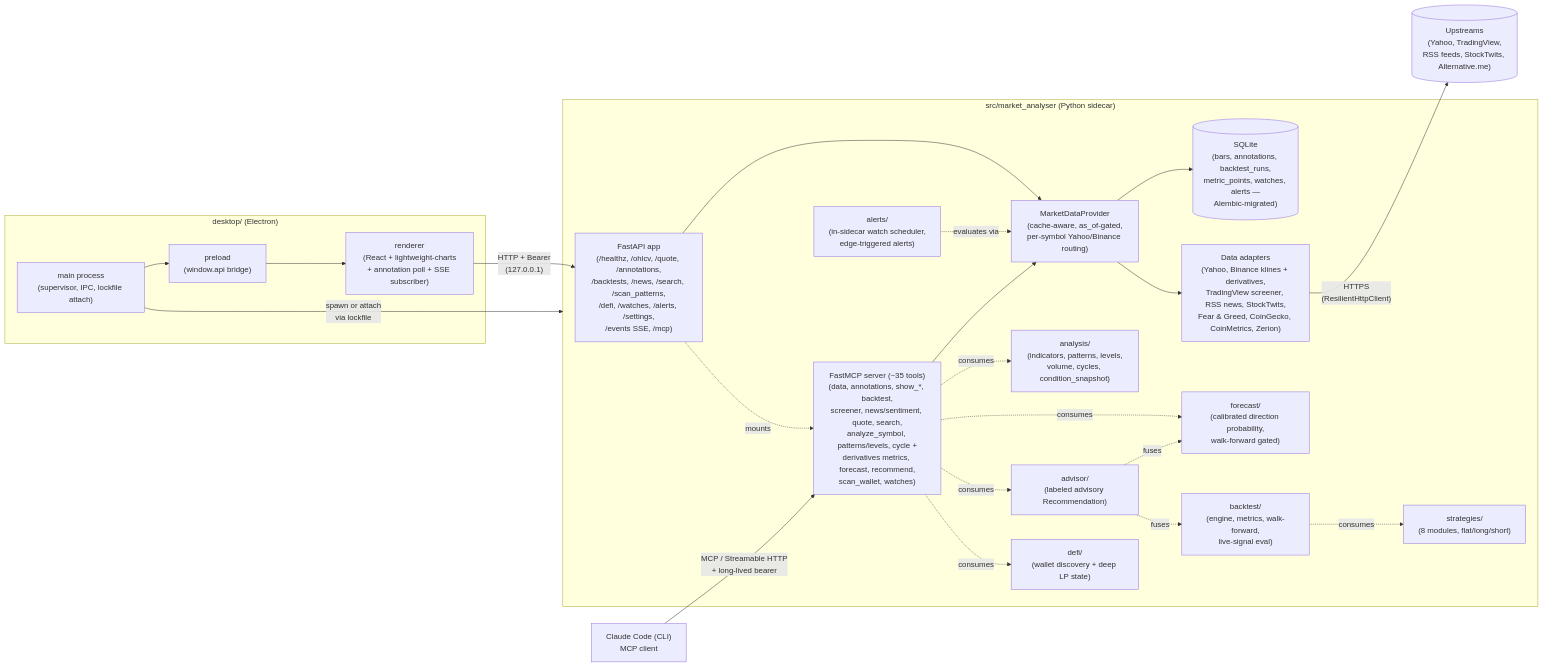
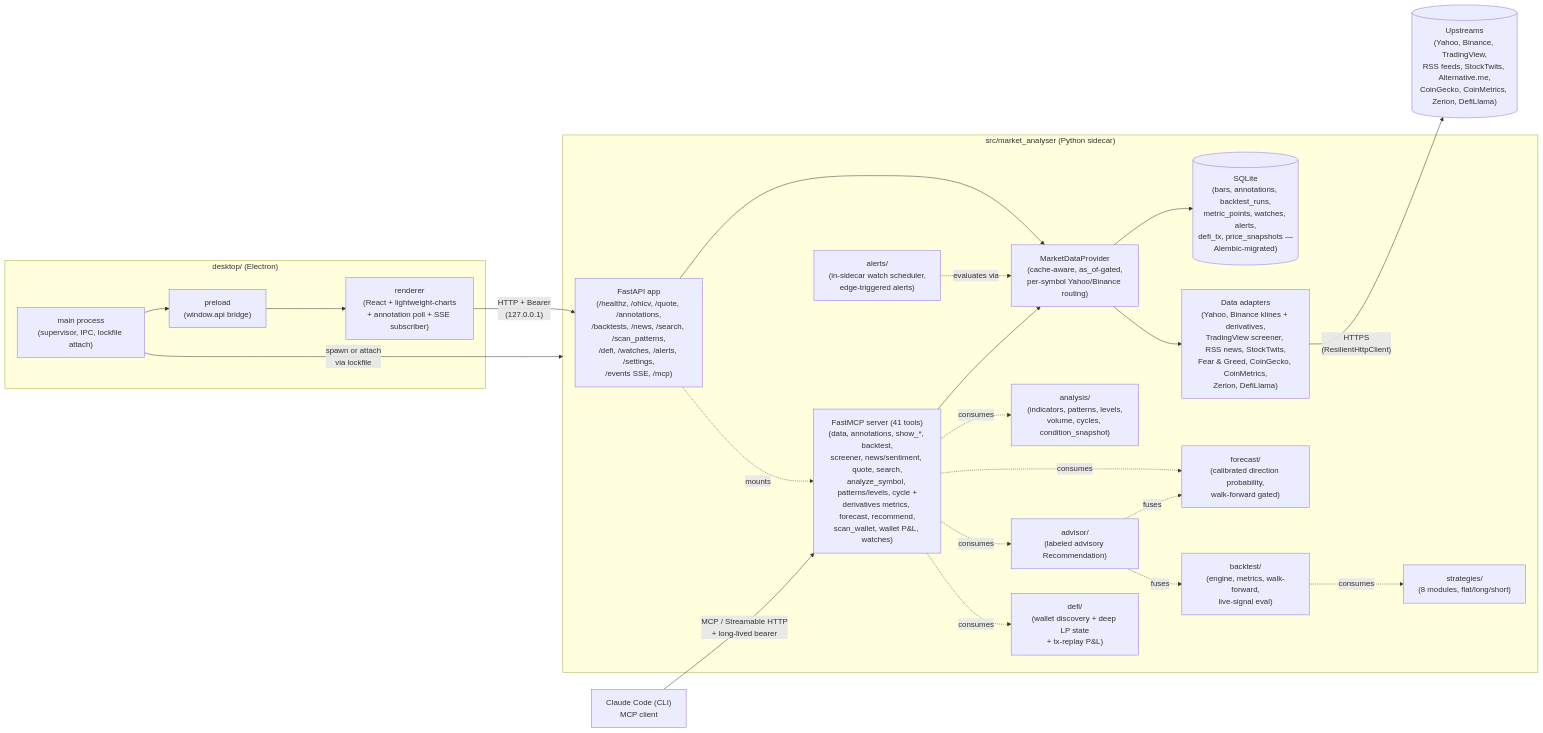
The diagram in README.md (IgorKonovalov/market-analyzer), drawn with Mermaid before and after one commit. The commit also changed other lines of this file, not shown here.

````diff
--- a/README.md
+++ b/README.md
@@ -26,43 +27,43 @@
 ```mermaid
 flowchart LR
   agent["Claude Code (CLI)<br/>MCP client"]
 
   subgraph desktop["desktop/ (Electron)"]
     main["main process<br/>(supervisor, IPC, lockfile attach)"]
     preload["preload<br/>(window.api bridge)"]
     renderer["renderer<br/>(React + lightweight-charts<br/>+ annotation poll + SSE subscriber)"]
     main --> preload --> renderer
   end
 
   subgraph sidecar["src/market_analyser (Python sidecar)"]
     api["FastAPI app<br/>(/healthz, /ohlcv, /quote, /annotations,<br/>/backtests, /news, /search, /scan_patterns,<br/>/defi, /watches, /alerts, /settings,<br/>/events SSE, /mcp)"]
-    mcpapp["FastMCP server (~35 tools)<br/>(data, annotations, show_*, backtest,<br/>screener, news/sentiment, quote, search,<br/>analyze_symbol, patterns/levels, cycle +<br/>derivatives metrics, forecast, recommend,<br/>scan_wallet, watches)"]
+    mcpapp["FastMCP server (41 tools)<br/>(data, annotations, show_*, backtest,<br/>screener, news/sentiment, quote, search,<br/>analyze_symbol, patterns/levels, cycle +<br/>derivatives metrics, forecast, recommend,<br/>scan_wallet, wallet P&L, watches)"]
     provider["MarketDataProvider<br/>(cache-aware, as_of-gated,<br/>per-symbol Yahoo/Binance routing)"]
     strategies["strategies/<br/>(8 modules, flat/long/short)"]
     backtest["backtest/<br/>(engine, metrics, walk-forward,<br/>live-signal eval)"]
     analysis["analysis/<br/>(indicators, patterns, levels,<br/>volume, cycles, condition_snapshot)"]
     forecast["forecast/<br/>(calibrated direction probability,<br/>walk-forward gated)"]
     advisor["advisor/<br/>(labeled advisory Recommendation)"]
     alerts["alerts/<br/>(in-sidecar watch scheduler,<br/>edge-triggered alerts)"]
-    defi["defi/<br/>(wallet discovery + deep LP state)"]
-    cache[("SQLite<br/>(bars, annotations, backtest_runs,<br/>metric_points, watches, alerts —<br/>Alembic-migrated)")]
-    adapter["Data adapters<br/>(Yahoo, Binance klines + derivatives,<br/>TradingView screener, RSS news, StockTwits,<br/>Fear & Greed, CoinGecko, CoinMetrics, Zerion)"]
+    defi["defi/<br/>(wallet discovery + deep LP state<br/>+ tx-replay P&L)"]
+    cache[("SQLite<br/>(bars, annotations, backtest_runs,<br/>metric_points, watches, alerts,<br/>defi_tx, price_snapshots —<br/>Alembic-migrated)")]
+    adapter["Data adapters<br/>(Yahoo, Binance klines + derivatives,<br/>TradingView screener, RSS news, StockTwits,<br/>Fear & Greed, CoinGecko, CoinMetrics,<br/>Zerion, DefiLlama)"]
     api --> provider --> cache
     api -. mounts .-> mcpapp
     mcpapp --> provider
     provider --> adapter
     backtest -. consumes .-> strategies
     mcpapp -. consumes .-> analysis
     mcpapp -. consumes .-> forecast
     mcpapp -. consumes .-> advisor
     mcpapp -. consumes .-> defi
     alerts -. evaluates via .-> provider
     advisor -. fuses .-> forecast
     advisor -. fuses .-> backtest
   end
 
   renderer -- "HTTP + Bearer<br/>(127.0.0.1)" --> api
   agent -- "MCP / Streamable HTTP<br/>+ long-lived bearer" --> mcpapp
   main -- "spawn or attach<br/>via lockfile" --> sidecar
-  adapter -- "HTTPS<br/>(ResilientHttpClient)" --> upstreams[("Upstreams<br/>(Yahoo, TradingView,<br/>RSS feeds, StockTwits, Alternative.me)")]
+  adapter -- "HTTPS<br/>(ResilientHttpClient)" --> upstreams[("Upstreams<br/>(Yahoo, Binance, TradingView,<br/>RSS feeds, StockTwits, Alternative.me,<br/>CoinGecko, CoinMetrics, Zerion, DefiLlama)")]
 ```
````
